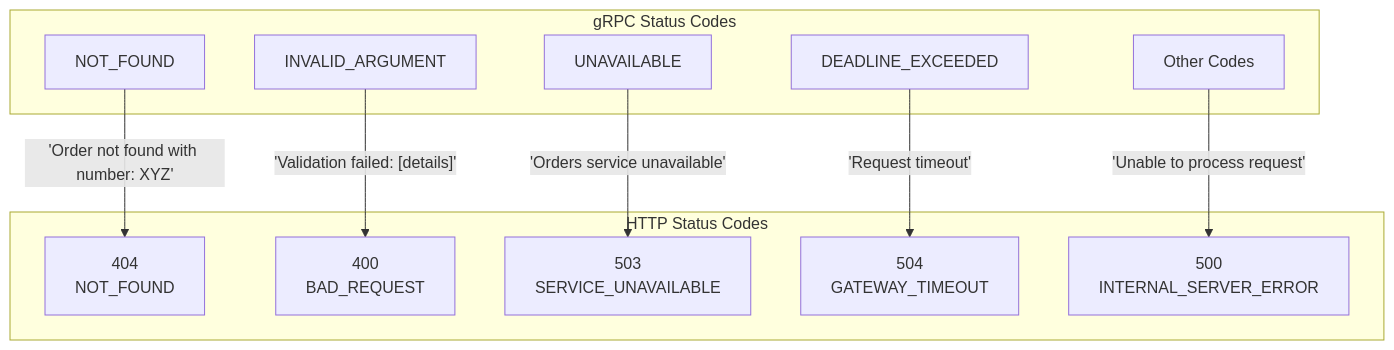
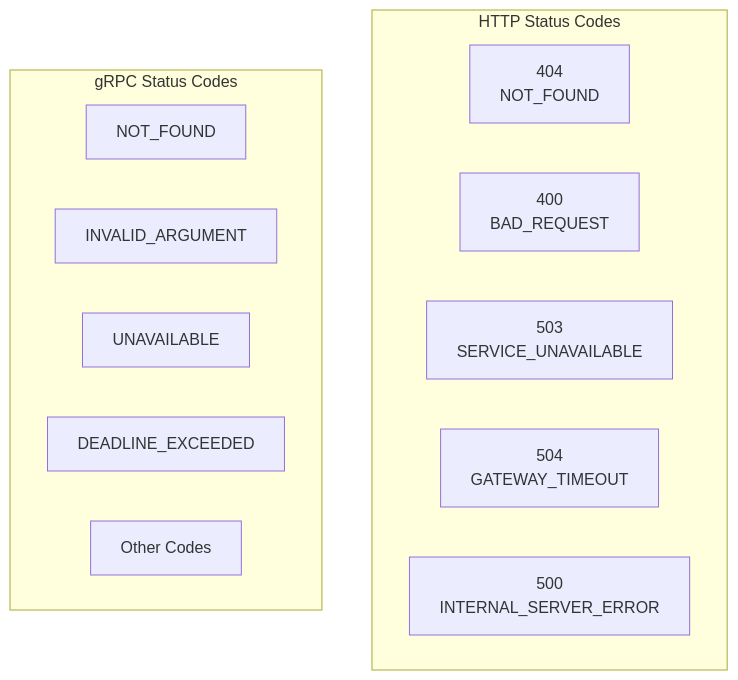
One commit to philipz/spring-modular-monolith changed the second of 4 diagrams in docs/deepwiki/Exception-Handling-and-Error-Responses.md. Above: the diagram before and after it, drawn with Mermaid. The commit also changed other lines of this file and 32 other files, not shown here.

````diff
--- a/docs/deepwiki/Exception-Handling-and-Error-Responses.md
+++ b/docs/deepwiki/Exception-Handling-and-Error-Responses.md
@@ -142,36 +142,30 @@
 ```mermaid
 flowchart TD
 
 GRPC_NOT_FOUND["NOT_FOUND"]
 GRPC_INVALID["INVALID_ARGUMENT"]
 GRPC_UNAVAIL["UNAVAILABLE"]
 GRPC_DEADLINE["DEADLINE_EXCEEDED"]
 GRPC_OTHER["Other Codes"]
 HTTP404["404<br>NOT_FOUND"]
 HTTP400["400<br>BAD_REQUEST"]
 HTTP503["503<br>SERVICE_UNAVAILABLE"]
 HTTP504["504<br>GATEWAY_TIMEOUT"]
 HTTP500["500<br>INTERNAL_SERVER_ERROR"]
-
-GRPC_NOT_FOUND -->|"'Order not found with number: XYZ'"| HTTP404
-GRPC_INVALID -->|"'Validation failed: [details]'"| HTTP400
-GRPC_UNAVAIL -->|"'Orders service unavailable'"| HTTP503
-GRPC_DEADLINE -->|"'Request timeout'"| HTTP504
-GRPC_OTHER -->|"'Unable to process request'"| HTTP500
 
 subgraph subGraph1 ["HTTP Status Codes"]
     HTTP404
     HTTP400
     HTTP503
     HTTP504
     HTTP500
 end
 
 subgraph subGraph0 ["gRPC Status Codes"]
     GRPC_NOT_FOUND
     GRPC_INVALID
     GRPC_UNAVAIL
     GRPC_DEADLINE
     GRPC_OTHER
 end
 ```
````
